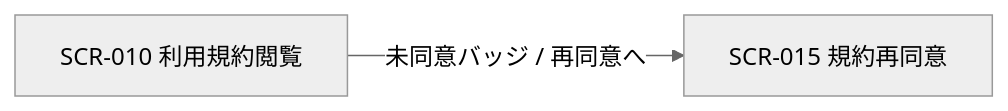
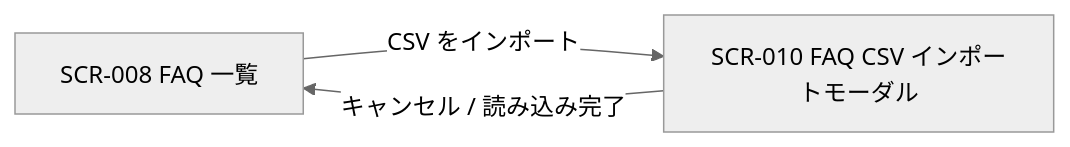
The diagram in 02_basic_design/01_screens/SCR-010.md (sikakou54/open-faq), drawn with Mermaid (neutral theme) before and after one commit. The commit also changed other lines of this file and 617 other files, not shown here.

````diff
--- a/02_basic_design/01_screens/SCR-010.md
+++ b/02_basic_design/01_screens/SCR-010.md
@@ -35,6 +37,7 @@
 ```mermaid
 flowchart LR
-  S1["SCR-010 利用規約閲覧"]
-  S3["SCR-015 規約再同意"]
-  S1 -->|未同意バッジ / 再同意へ| S3
+  S0["SCR-008 FAQ 一覧"]
+  S1["SCR-010 FAQ CSV インポートモーダル"]
+  S0 -->|CSV をインポート| S1
+  S1 -->|キャンセル / 読み込み完了| S0
 ```
````
